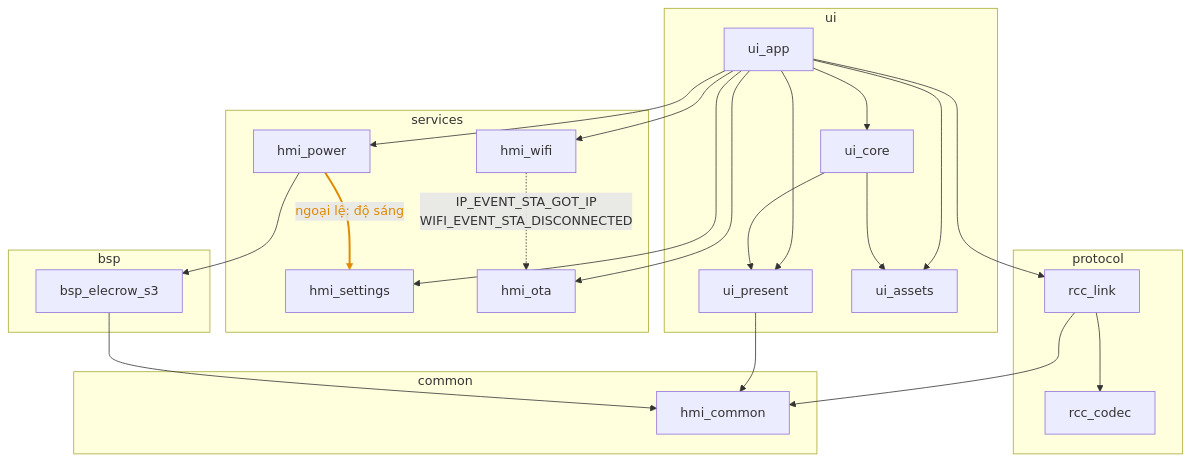
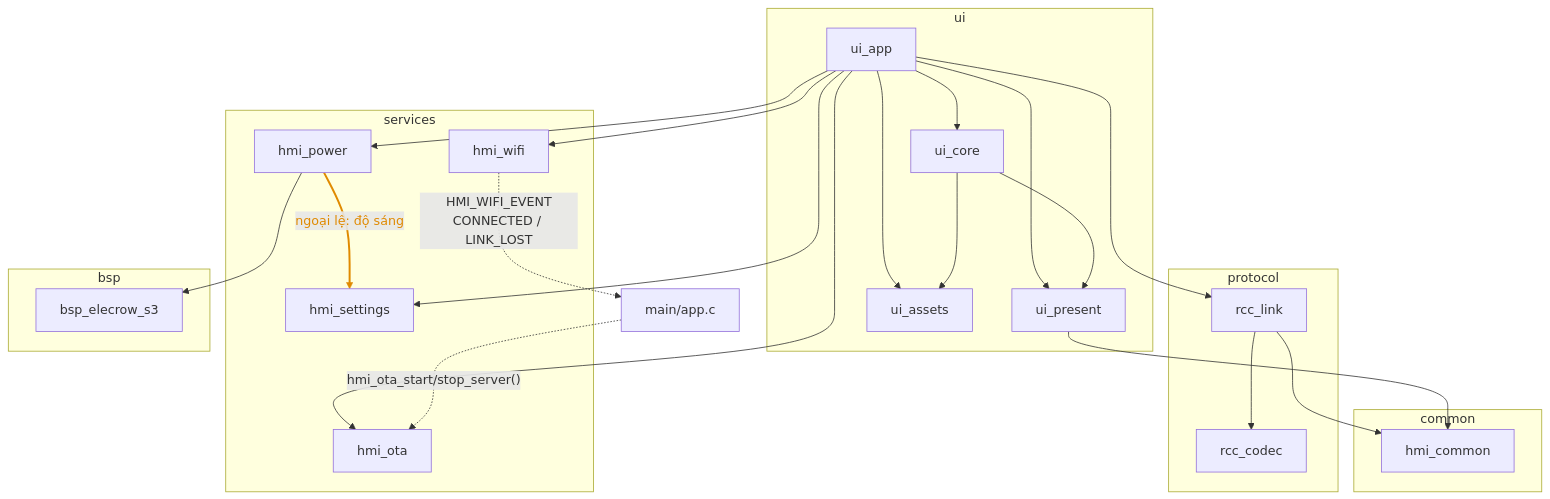
One commit to whoisLePhuc/Robot-Charge-Controller-HMI changed the fourth of 5 diagrams in docs/firmware-restructure-design.md. Above: the diagram before and after it, drawn with Mermaid. The commit also changed other lines of this file and 3 other files, not shown here.

First line of the commit message:
new_firmware: document the component architecture (phase 2.7)

````diff
--- a/docs/firmware-restructure-design.md
+++ b/docs/firmware-restructure-design.md
@@ -267,45 +282,46 @@
 ```mermaid
 flowchart TB
     subgraph UI["ui"]
         ui_app
         ui_core
         ui_present
         ui_assets
     end
     subgraph SVC["services"]
         hmi_settings
         hmi_wifi
         hmi_ota
         hmi_power
     end
     subgraph PROTO["protocol"]
         rcc_link
         rcc_codec
     end
     subgraph BSP["bsp"]
         bsp_elecrow_s3
     end
     subgraph COMMON["common"]
         hmi_common
     end
 
     ui_app --> ui_core
     ui_app --> ui_present
     ui_app --> ui_assets
     ui_app --> rcc_link
     ui_app --> hmi_settings
     ui_app --> hmi_wifi
     ui_app --> hmi_ota
     ui_app --> hmi_power
     ui_core --> ui_assets
     ui_core --> ui_present
     ui_present --> hmi_common
     hmi_power --> bsp_elecrow_s3
     hmi_power -- "ngoại lệ: độ sáng" --> hmi_settings
     rcc_link --> rcc_codec
     rcc_link --> hmi_common
-    bsp_elecrow_s3 --> hmi_common
-    hmi_wifi -. "IP_EVENT_STA_GOT_IP<br/>WIFI_EVENT_STA_DISCONNECTED" .-> hmi_ota
+    app["main/app.c"]
+    hmi_wifi -. "HMI_WIFI_EVENT<br/>CONNECTED / LINK_LOST" .-> app
+    app -. "hmi_ota_start/stop_server()" .-> hmi_ota
 
     linkStyle 12 stroke:#e08a00,stroke-width:2.5px,color:#e08a00
 ```
````
